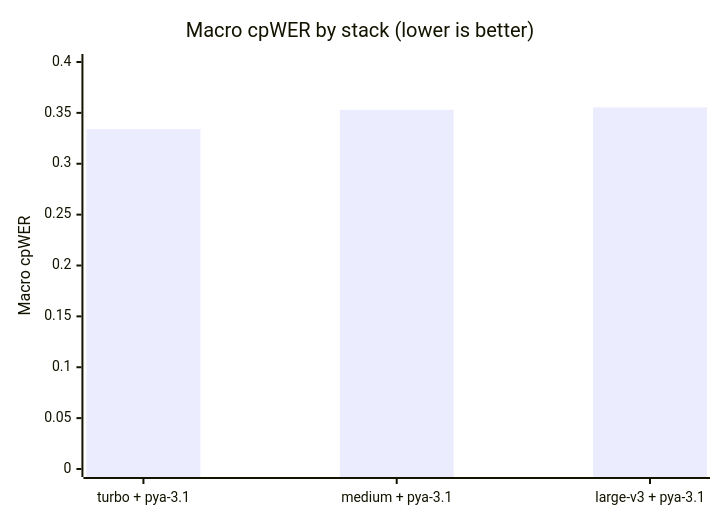
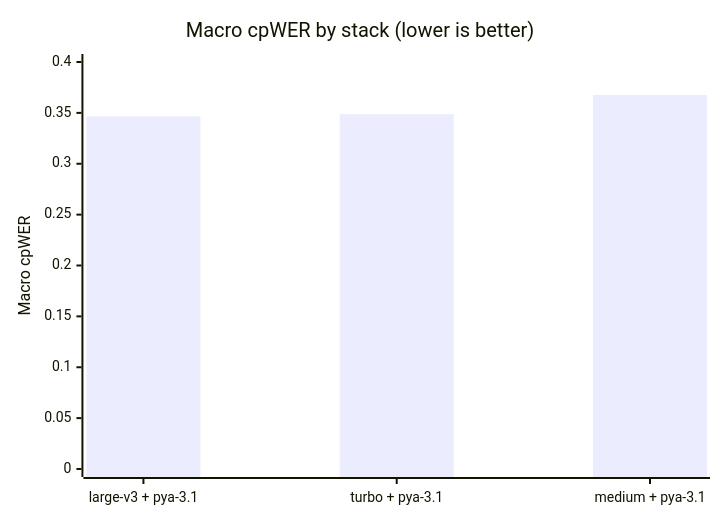
Before and after one commit to nkhaloo/speech-stack-benchmark: the fourth of 5 diagrams in docs/results.md, drawn with Mermaid. The commit also changed other lines of this file and 1 other file, not shown here.

````diff
--- a/docs/results.md
+++ b/docs/results.md
@@ -184,7 +207,7 @@
 ```mermaid
 xychart-beta
     title "Macro cpWER by stack (lower is better)"
-    x-axis ["turbo + pya-3.1", "medium + pya-3.1", "large-v3 + pya-3.1"]
+    x-axis ["large-v3 + pya-3.1", "turbo + pya-3.1", "medium + pya-3.1"]
     y-axis "Macro cpWER" 0 --> 0.4
-    bar [0.3341, 0.353, 0.3554]
+    bar [0.3465, 0.3487, 0.3676]
 ```
````
